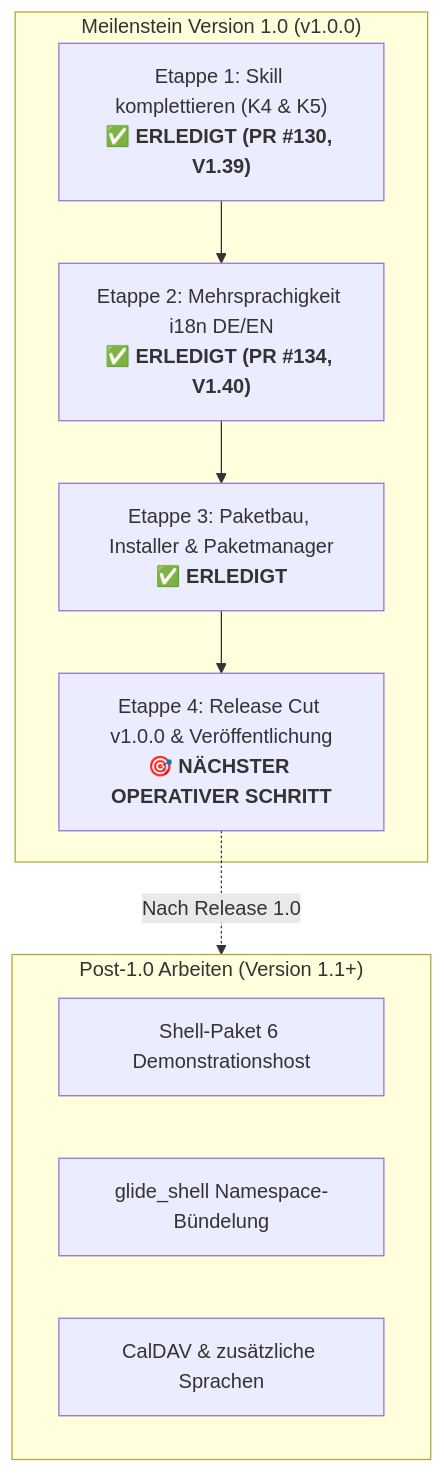
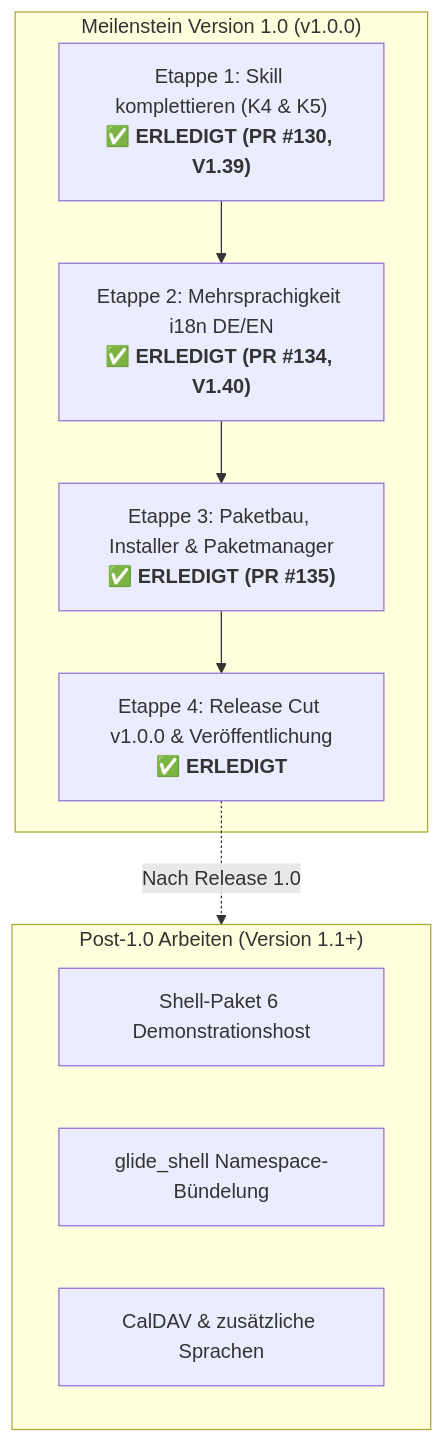
One commit to n05a-design/glide-to-do changed the second of 2 diagrams in 00_Arbeitsvorbereitung/Glide_Uebergabe.md. Above: the diagram before and after it, drawn with Mermaid. The commit also changed other lines of this file and 96 other files, not shown here.

First line of the commit message:
release: Glide 1.0.0 – Erster offizieller Release (Meilenstein 1.0 Etappe 4) (#138)

````diff
--- a/00_Arbeitsvorbereitung/Glide_Uebergabe.md
+++ b/00_Arbeitsvorbereitung/Glide_Uebergabe.md
@@ -87,18 +87,18 @@
 ```mermaid
 flowchart TD
     subgraph MEILENSTEIN ["Meilenstein Version 1.0 (v1.0.0)"]
         E1["Etappe 1: Skill komplettieren (K4 & K5)<br/><b>✅ ERLEDIGT (PR #130, V1.39)</b>"]
         E2["Etappe 2: Mehrsprachigkeit i18n DE/EN<br/><b>✅ ERLEDIGT (PR #134, V1.40)</b>"]
-        E3["Etappe 3: Paketbau, Installer & Paketmanager<br/><b>✅ ERLEDIGT</b>"]
-        E4["Etappe 4: Release Cut v1.0.0 & Veröffentlichung<br/><b>🎯 NÄCHSTER OPERATIVER SCHRITT</b>"]
+        E3["Etappe 3: Paketbau, Installer & Paketmanager<br/><b>✅ ERLEDIGT (PR #135)</b>"]
+        E4["Etappe 4: Release Cut v1.0.0 & Veröffentlichung<br/><b>✅ ERLEDIGT</b>"]
         E1 --> E2 --> E3 --> E4
     end
 
     subgraph POST ["Post-1.0 Arbeiten (Version 1.1+)"]
         P1["Shell-Paket 6 Demonstrationshost"]
         P2["glide_shell Namespace-Bündelung"]
         P3["CalDAV & zusätzliche Sprachen"]
     end
 
     E4 -.->|Nach Release 1.0| POST
 ```
````
